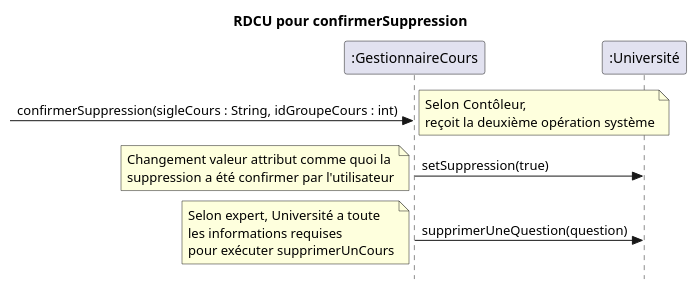
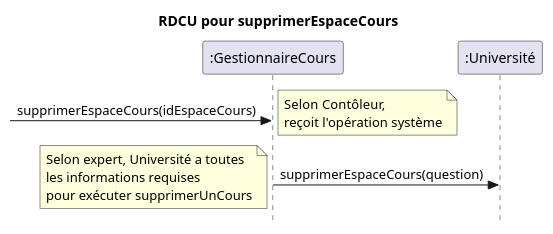
One commit to nerdz88/SGA-TS changed the diagram in docs/Retirer cours/RDCU_Supprimer_Cours.puml. Above: the diagram before and after it, drawn with PlantUML. The commit also changed other lines of this file and 39 other files, not shown here.

```diff
--- a/docs/Retirer cours/RDCU_Supprimer_Cours.puml
+++ b/docs/Retirer cours/RDCU_Supprimer_Cours.puml
@@ -10,13 +1,11 @@
-@startuml confirmerSuppression
+@startuml supprimerEspaceCours
 skinparam style strictuml
 skinparam defaultfontname Verdana
-title RDCU pour confirmerSuppression
+title RDCU pour supprimerEspaceCours
 participant ":GestionnaireCours" as controleur
 participant ":Université" as universite
--> controleur : confirmerSuppression(sigleCours : String, idGroupeCours : int)
-note left : Selon Contôleur,\nreçoit la deuxième opération système
-controleur -> universite : setSuppression(true)
-note left : Changement valeur attribut comme quoi la\nsuppression a été confirmer par l'utilisateur
-controleur -> universite : supprimerUneQuestion(question)
-note left : Selon expert, Université a toute\nles informations requises\npour exécuter supprimerUnCours
+-> controleur : supprimerEspaceCours(idEspaceCours)
+note left : Selon Contôleur,\nreçoit l'opération système
+controleur -> universite : supprimerEspaceCours(question)
+note left : Selon expert, Université a toutes\nles informations requises\npour exécuter supprimerUnCours
 @enduml 
```
